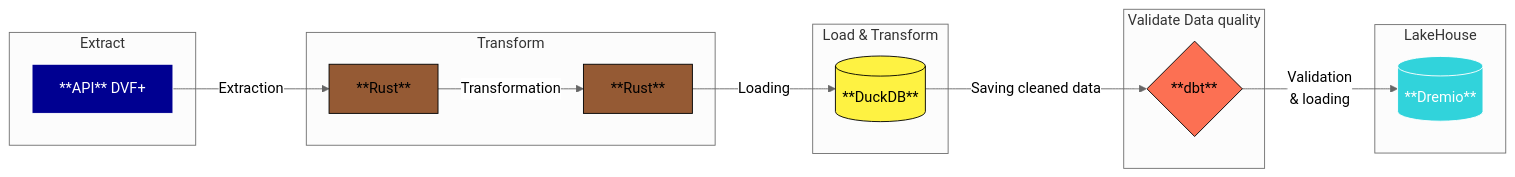
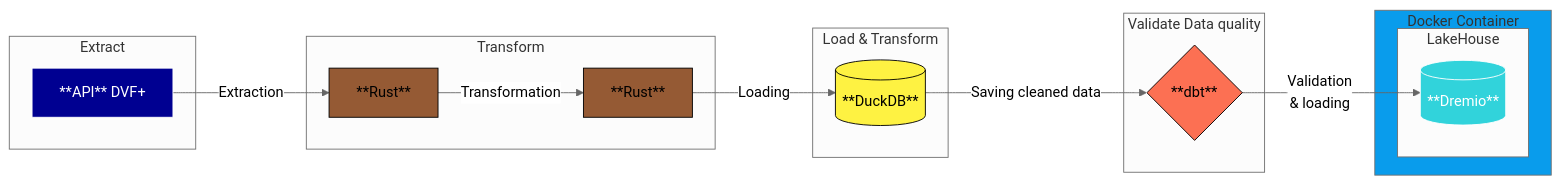
The diagram in README.md (LugolBis/data-immo-python), drawn with Mermaid (neutral theme) before and after one commit.

````diff
--- a/README.md
+++ b/README.md
@@ -9,36 +9,41 @@
 ```mermaid
 flowchart LR
     A[**API** DVF+] -->|Extraction| B[**Rust**]
     B -->|Transformation| C[**Rust**]
     C -->|Loading| D[(**DuckDB**)]
     D -->|Saving cleaned data| E{**dbt**}
     E -->|Validation<br>& loading| F[(**Dremio**)]
 
     subgraph Extraction [Extract]
         A
     end
     
     subgraph TransformationRust [Transform]
         B
         C
     end
 
     subgraph LT [Load & Transform]
         D
     end
 
     subgraph VD [Validate Data quality]
         E
     end
     
-    subgraph DataWarehouse [LakeHouse]
+    subgraph LakeHouse [LakeHouse]
         F
+    end
+
+    subgraph Docker [Docker Container]
+        LakeHouse
     end
     
     style A fill:#000091,stroke:#ffffff,color:#ffffff,stroke-width:1px
     style B fill:#955a34,stroke:#000000,color:#000000,stroke-width:1px
     style C fill:#955a34,stroke:#000000,color:#000000,stroke-width:1px
     style D fill:#fef242,stroke:#000000,color:#000000,stroke-width:1px
     style E fill:#fc7053,stroke:#000000,color:#000000,stroke-width:1px
     style F fill:#31d3db,stroke:#ffffff,color:#ffffff,stroke-width:1px
+    style Docker fill: #099cec
 ```
````
